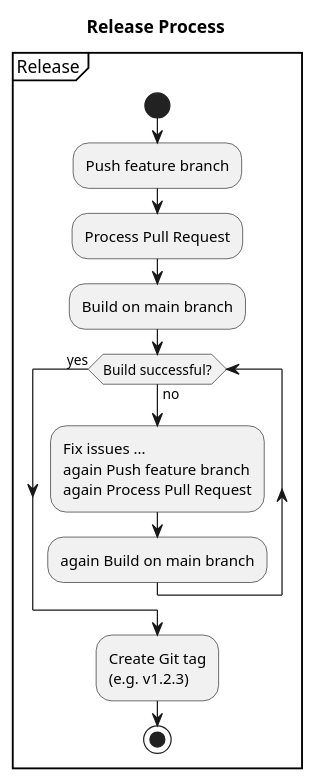
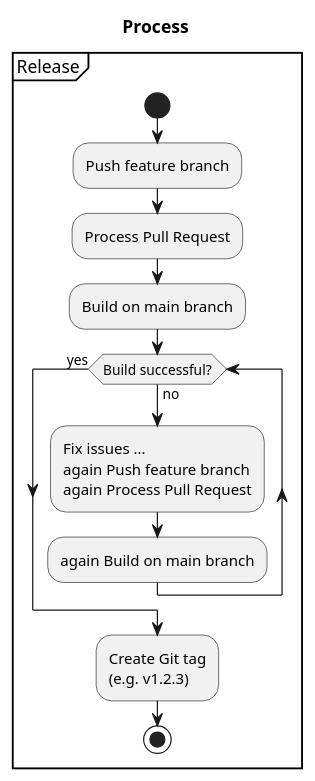
The second of 3 diagrams in src/asciiDoc/site/processDocs/devGuideline.adoc (conetex/org-conetex-runtime-instrument), drawn with PlantUML before and after one commit. The commit also changed other lines of this file and 15 other files, not shown here.

```diff
--- a/src/asciiDoc/site/processDocs/devGuideline.adoc
+++ b/src/asciiDoc/site/processDocs/devGuideline.adoc
@@ -153,30 +153,30 @@
 [plantuml]
 ----
 @startuml
-title Release Process
+title Process
 
 partition "Release" {
 
     start
 
     :Push feature branch;
 
     :Process Pull Request;
 
     :Build on main branch;
 
     while (Build successful?) is (no)
 
         :Fix issues ...\nagain Push feature branch\nagain Process Pull Request;
 
         :again Build on main branch;
 
     endwhile (yes)
 
     :Create Git tag\n(e.g. v1.2.3);
 
     stop
 }
 
 @enduml
 ----
```
